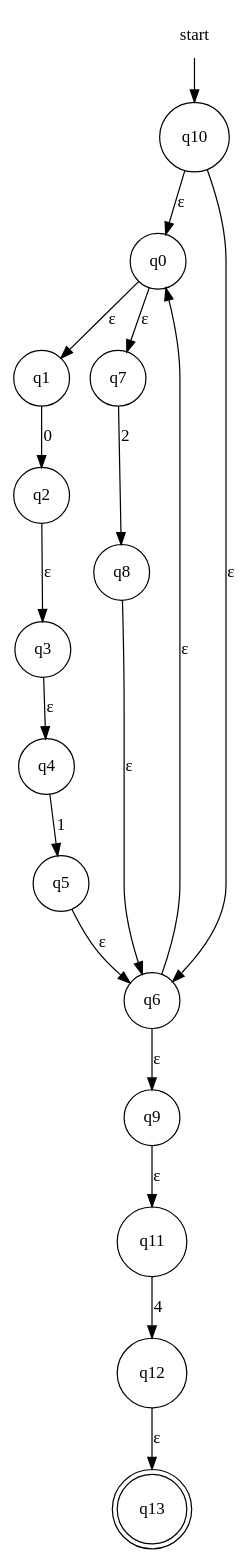
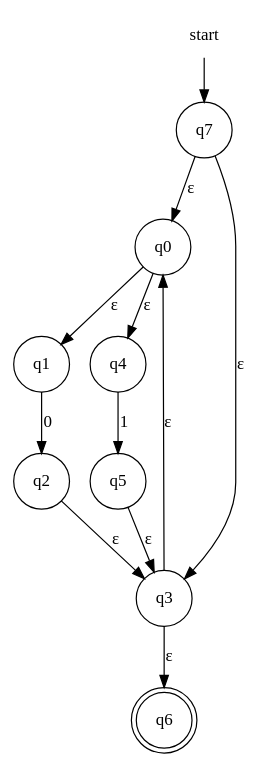
The diagram in fase1/RE-eNFA/regex_2.dot (evertheylen/TA_TO), drawn with Graphviz before and after one commit. The commit also changed 12 other files, not shown here.

```diff
--- a/fase1/RE-eNFA/regex_2.dot
+++ b/fase1/RE-eNFA/regex_2.dot
@@ -1,22 +1,16 @@
 digraph automaton {
     node [shape=none]; start;
-    node [shape=doublecircle]; "q13";
+    node [shape=doublecircle]; "q6";
     node [shape=circle];
-    start -> "q10";
+    start -> "q7";
     "q0" -> "q1" [label="&epsilon;"];
-    "q0" -> "q7" [label="&epsilon;"];
+    "q0" -> "q4" [label="&epsilon;"];
     "q1" -> "q2" [label="0"];
     "q2" -> "q3" [label="&epsilon;"];
-    "q3" -> "q4" [label="&epsilon;"];
+    "q3" -> "q0" [label="&epsilon;"];
+    "q3" -> "q6" [label="&epsilon;"];
     "q4" -> "q5" [label="1"];
-    "q5" -> "q6" [label="&epsilon;"];
-    "q6" -> "q0" [label="&epsilon;"];
-    "q6" -> "q9" [label="&epsilon;"];
-    "q7" -> "q8" [label="2"];
-    "q8" -> "q6" [label="&epsilon;"];
-    "q9" -> "q11" [label="&epsilon;"];
-    "q10" -> "q0" [label="&epsilon;"];
-    "q10" -> "q6" [label="&epsilon;"];
-    "q11" -> "q12" [label="4"];
-    "q12" -> "q13" [label="&epsilon;"];
+    "q5" -> "q3" [label="&epsilon;"];
+    "q7" -> "q0" [label="&epsilon;"];
+    "q7" -> "q3" [label="&epsilon;"];
 }
```
